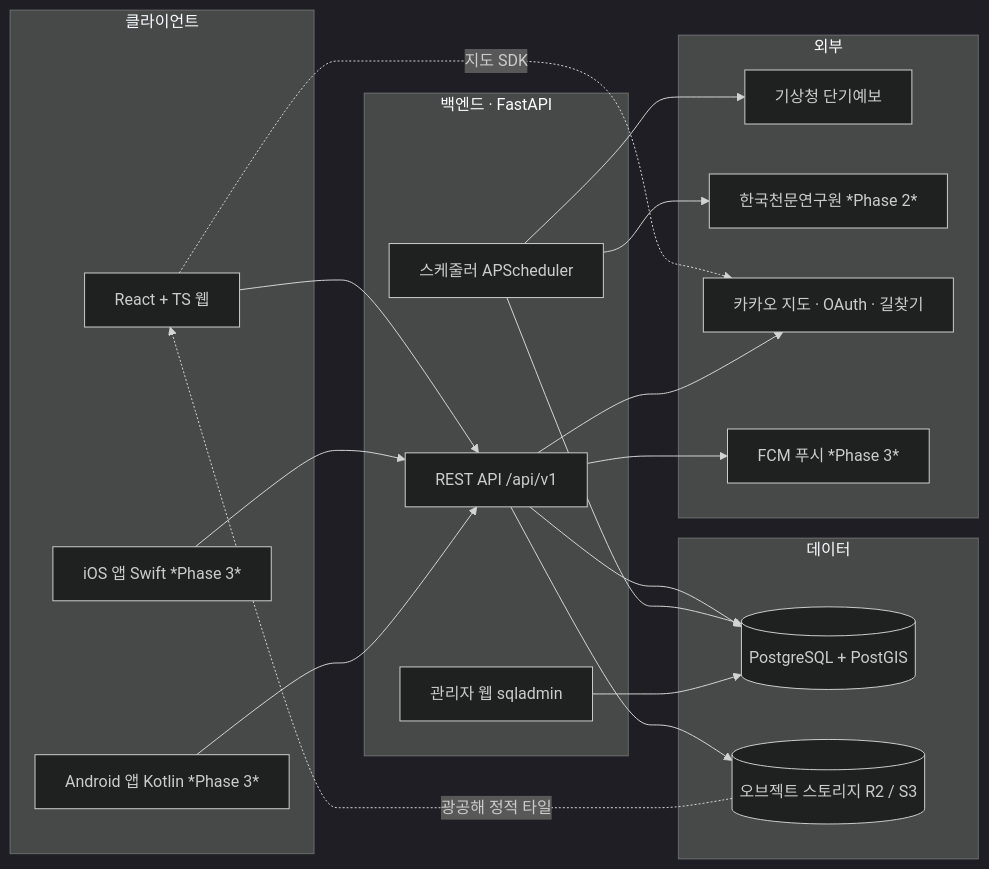
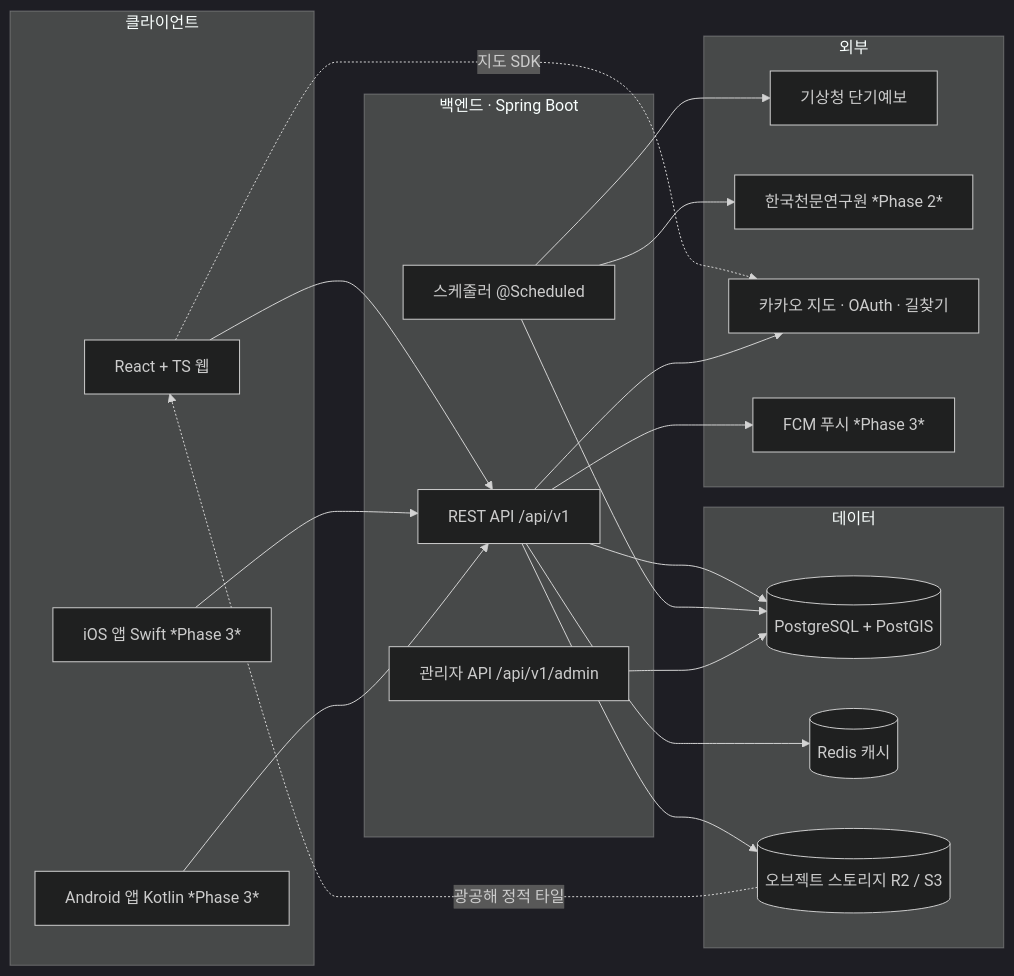
Before and after one commit to countryspuds/star-spud: the diagram in docs/ARCHITECTURE.md, drawn with Mermaid (dark theme). The commit also changed other lines of this file and 13 other files, not shown here.

First line of the commit message:
docs: 백엔드 문서를 FastAPI에서 Spring Boot 기준으로 변경

````diff
--- a/docs/ARCHITECTURE.md
+++ b/docs/ARCHITECTURE.md
@@ -11,40 +11,42 @@
 ```mermaid
 flowchart LR
   subgraph clients [클라이언트]
     Web[React + TS 웹]
     iOS[iOS 앱 Swift *Phase 3*]
     Android[Android 앱 Kotlin *Phase 3*]
   end
 
-  subgraph backend [백엔드 · FastAPI]
+  subgraph backend [백엔드 · Spring Boot]
     API[REST API /api/v1]
-    Sched[스케줄러 APScheduler]
-    Admin[관리자 웹 sqladmin]
+    Sched[스케줄러 @Scheduled]
+    Admin[관리자 API /api/v1/admin]
   end
 
   subgraph data [데이터]
     PG[(PostgreSQL + PostGIS)]
+    Redis[(Redis 캐시)]
     R2[(오브젝트 스토리지 R2 / S3)]
   end
 
   subgraph ext [외부]
     KMA[기상청 단기예보]
     KASI[한국천문연구원 *Phase 2*]
     Kakao[카카오 지도 · OAuth · 길찾기]
     FCM[FCM 푸시 *Phase 3*]
   end
 
   Web --> API
   iOS --> API
   Android --> API
   Web -. 지도 SDK .-> Kakao
   API --> PG
+  API --> Redis
   API --> R2
   Sched --> PG
   Sched --> KMA
   Sched --> KASI
   API --> Kakao
   API --> FCM
   Admin --> PG
   R2 -. 광공해 정적 타일 .-> Web
 ```
````
